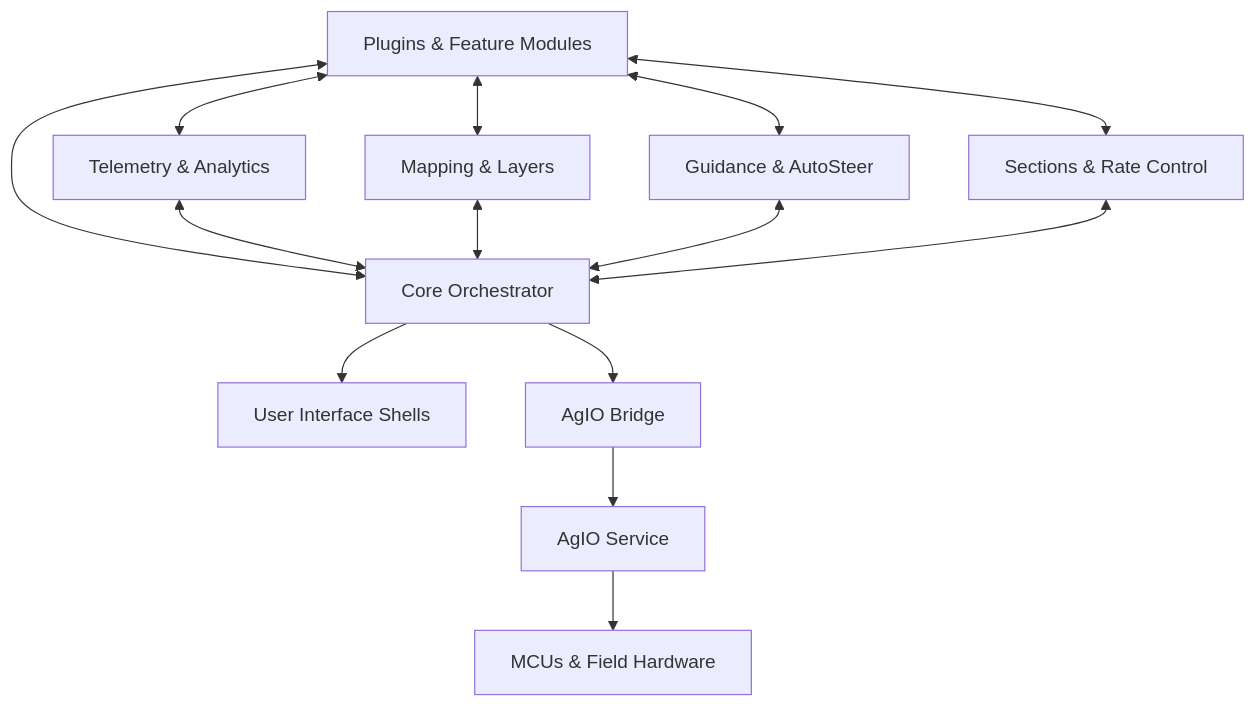
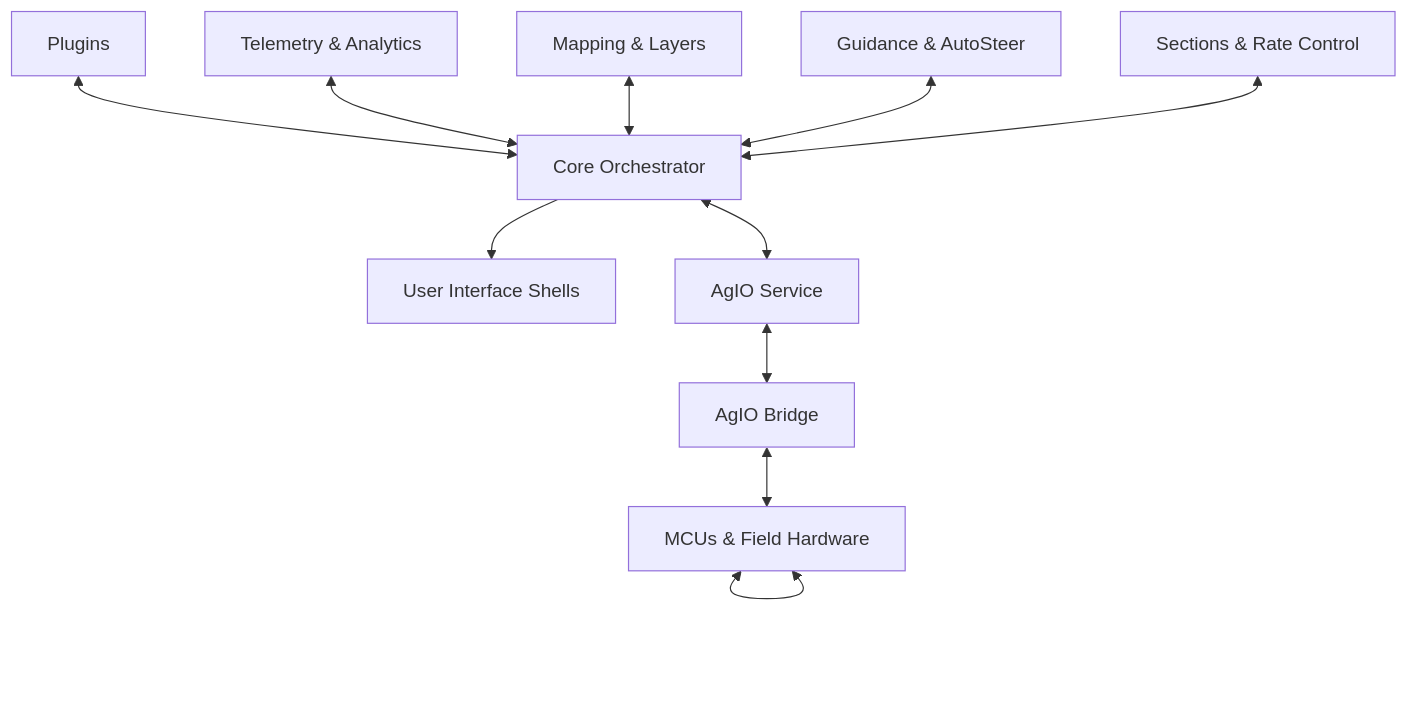
The diagram in README.md (FortneyMFG/AgOpenGPS-Nexus), drawn with Mermaid before and after one commit.

Commit message:
Update README flowchart and remove Plugins references
Removed references to Plugins in the flowchart and updated connections between Core, AgIO, Bridge, and MCUs.

````diff
--- a/README.md
+++ b/README.md
@@ -15,27 +15,24 @@
 ```mermaid
 flowchart TD
     Core[Core Orchestrator]
     UI[User Interface Shells]
-    Plugins[Plugins & Feature Modules]
     Telemetry[Telemetry & Analytics]
     Mapping[Mapping & Layers]
     Guidance[Guidance & AutoSteer]
     Sections[Sections & Rate Control]
     Bridge[AgIO Bridge]
     AgIO[AgIO Service]
     MCUs[MCUs & Field Hardware]
 
     Core --> UI
     Plugins <--> Core
     Telemetry <--> Core
     Mapping <--> Core
     Guidance <--> Core
     Sections <--> Core
-    Plugins <--> Telemetry
-    Plugins <--> Mapping
-    Plugins <--> Guidance
-    Plugins <--> Sections
-    Core --> Bridge
-    Bridge --> AgIO
-    AgIO --> MCUs
+    Core <--> AgIO
+    AgIO <--> Bridge
+    Bridge <--> MCUs
+    MCUs <--> MCUs
+    
 ```
````
